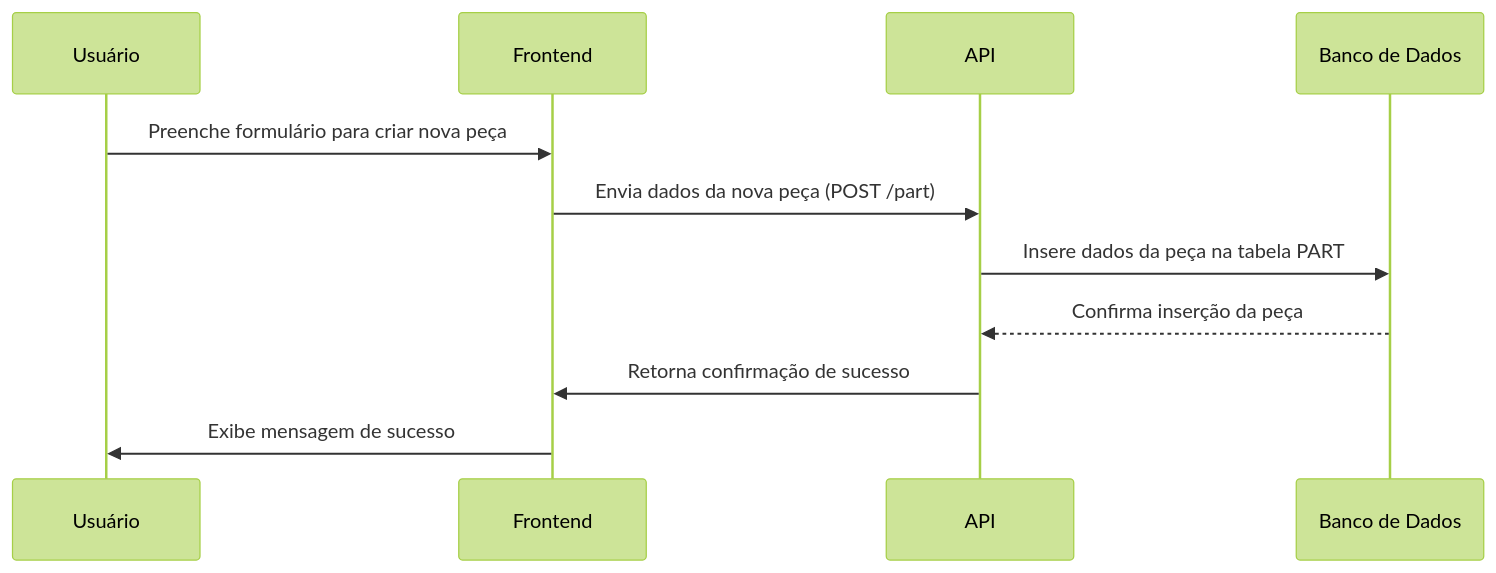
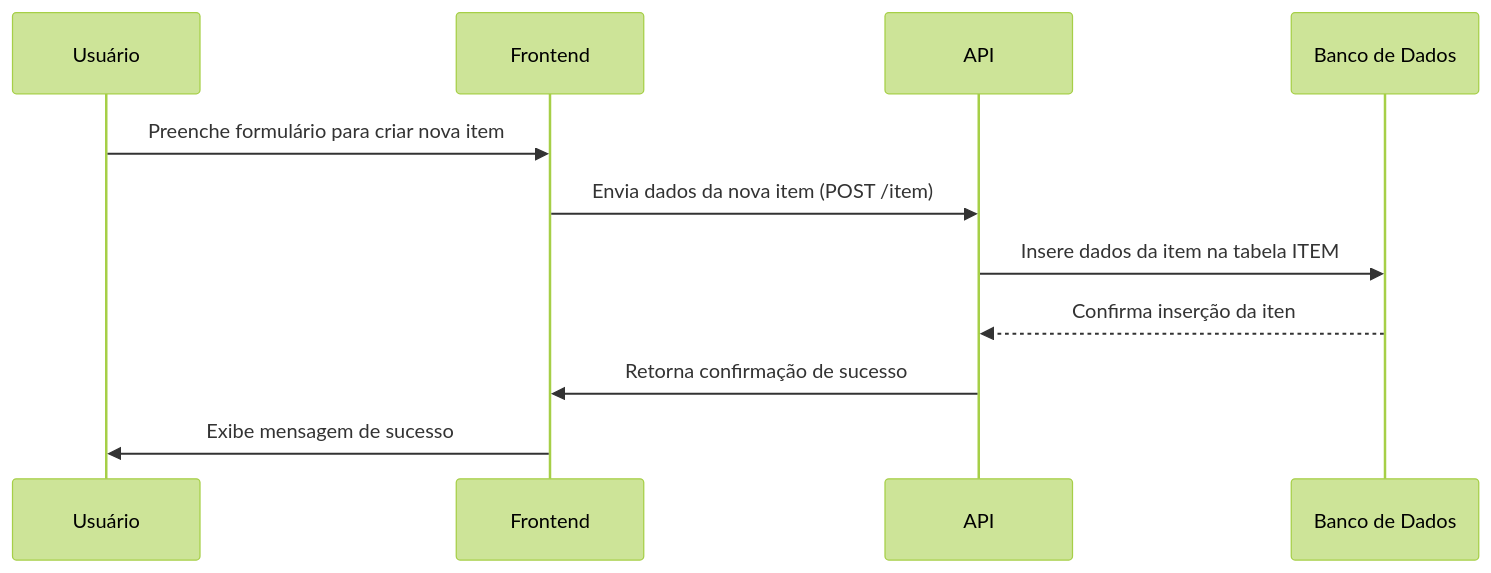
The diagram in web/doc/workflows/criar_peça.md (gabrielcavalcant/maintaner-ads), drawn with Mermaid (forest theme) before and after one commit. The commit also changed 24 other files, not shown here.

Commit message:
refactor: refactor part to item

````diff
--- a/web/doc/workflows/criar_peça.md
+++ b/web/doc/workflows/criar_peça.md
@@ -1,15 +1,15 @@
 ```mermaid
 sequenceDiagram
     participant U as Usuário
     participant F as Frontend
     participant A as API
     participant D as Banco de Dados
 
-    U->>F: Preenche formulário para criar nova peça
-    F->>A: Envia dados da nova peça (POST /part)
-    A->>D: Insere dados da peça na tabela PART
-    D-->>A: Confirma inserção da peça
+    U->>F: Preenche formulário para criar nova item
+    F->>A: Envia dados da nova item (POST /item)
+    A->>D: Insere dados da item na tabela ITEM
+    D-->>A: Confirma inserção da iten
     A->>F: Retorna confirmação de sucesso
     F->>U: Exibe mensagem de sucesso
 
 ```
````
